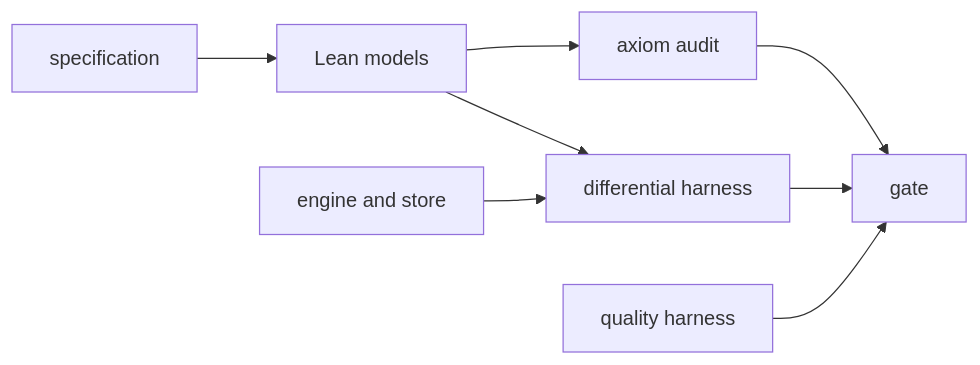
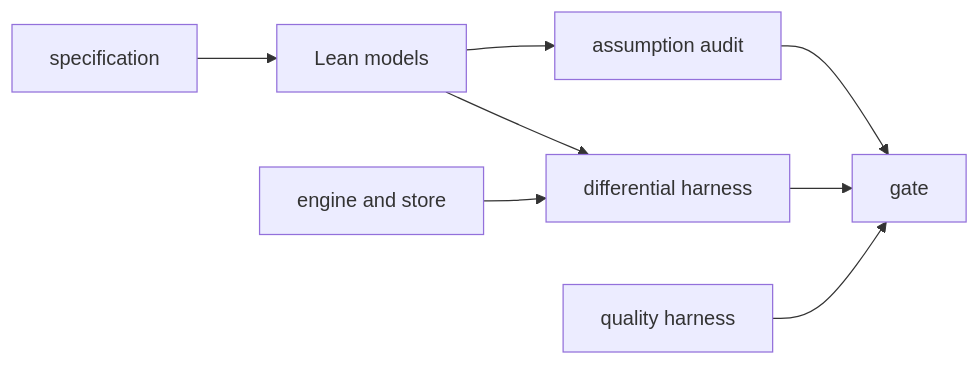
Before and after one commit to fractalboxdev/contextful: the diagram in spec/guide/assurance.md, drawn with Mermaid. The commit also changed other lines of this file and 14 other files, not shown here.

Commit message:
assurance: name what a Lean proof takes without proof an assumption; Lean's own identifiers keep `axiom`

````diff
--- a/spec/guide/assurance.md
+++ b/spec/guide/assurance.md
@@ -18,9 +18,9 @@
 ```mermaid
 flowchart LR
-  SPEC["specification"] --> MODEL["Lean models"] --> AUDIT["axiom audit"]
+  SPEC["specification"] --> MODEL["Lean models"] --> AUDIT["assumption audit"]
   MODEL --> DIFF["differential harness"]
   ENGINE["engine and store"] --> DIFF
   AUDIT --> GATE["gate"]
   DIFF --> GATE
   EVAL["quality harness"] --> GATE
 ```
````
